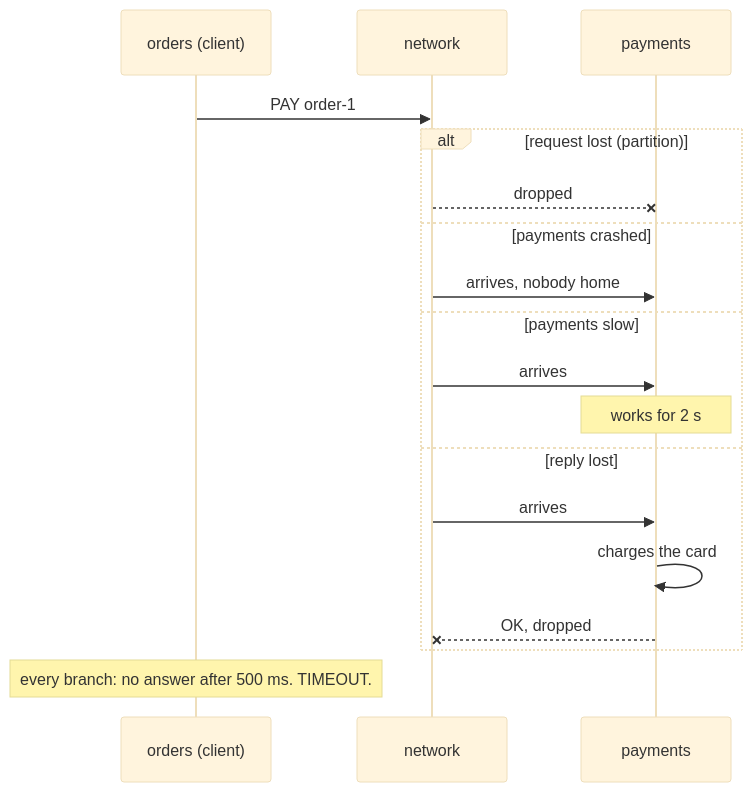
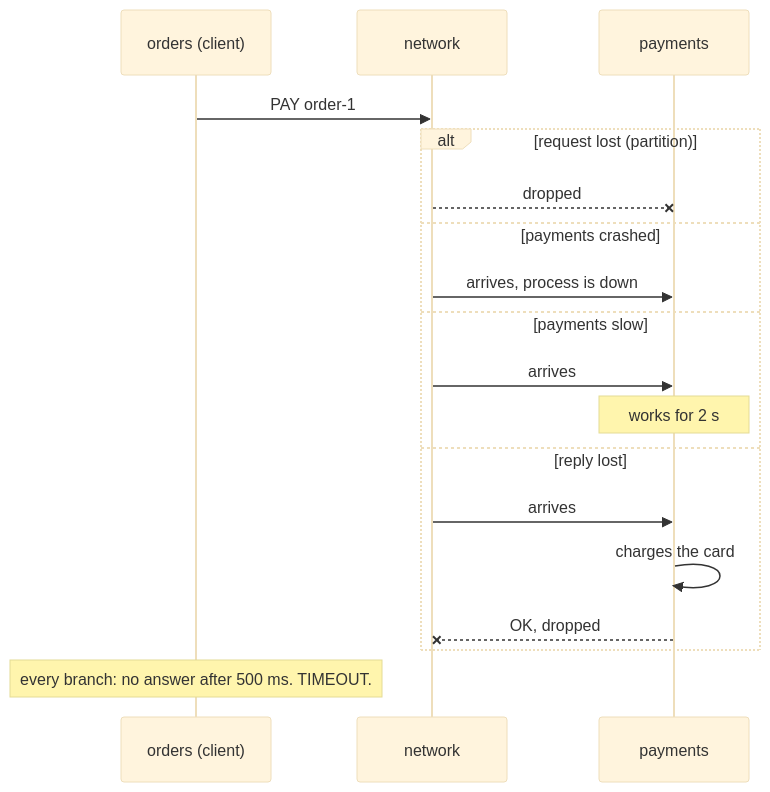
The first of 4 diagrams in docs/distributed-systems/failure-models.md (johankees/software-engineering-tutor), drawn with Mermaid (base theme) before and after one commit. The commit also changed other lines of this file and 118 other files, not shown here.

````diff
--- a/docs/distributed-systems/failure-models.md
+++ b/docs/distributed-systems/failure-models.md
@@ -27,20 +27,20 @@
 ```mermaid
 sequenceDiagram
     participant O as orders (client)
     participant N as network
     participant P as payments
     O->>N: PAY order-1
     alt request lost (partition)
         N--xP: dropped
     else payments crashed
-        N->>P: arrives, nobody home
+        N->>P: arrives, process is down
     else payments slow
         N->>P: arrives
         Note over P: works for 2 s
     else reply lost
         N->>P: arrives
         P->>P: charges the card
         P--xN: OK, dropped
     end
     Note over O: every branch: no answer after 500 ms. TIMEOUT.
 ```
````
